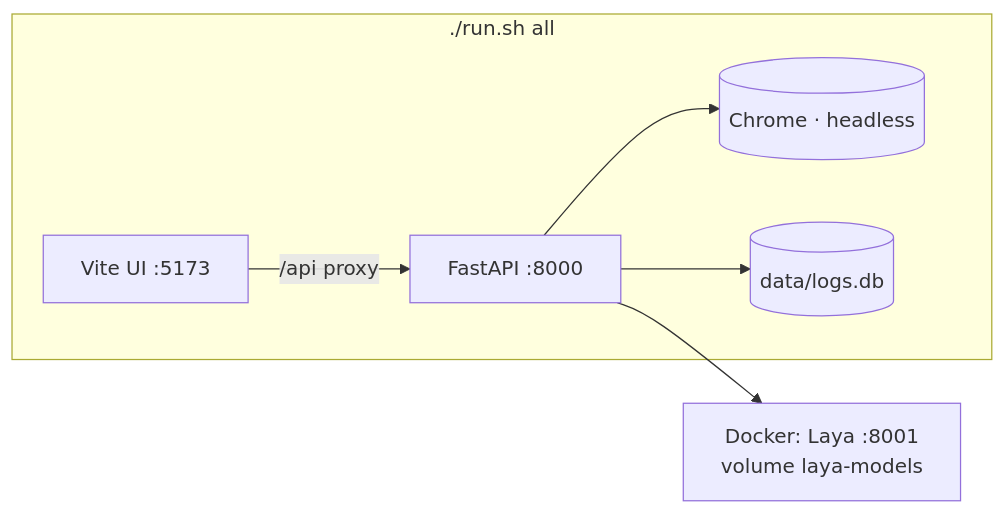
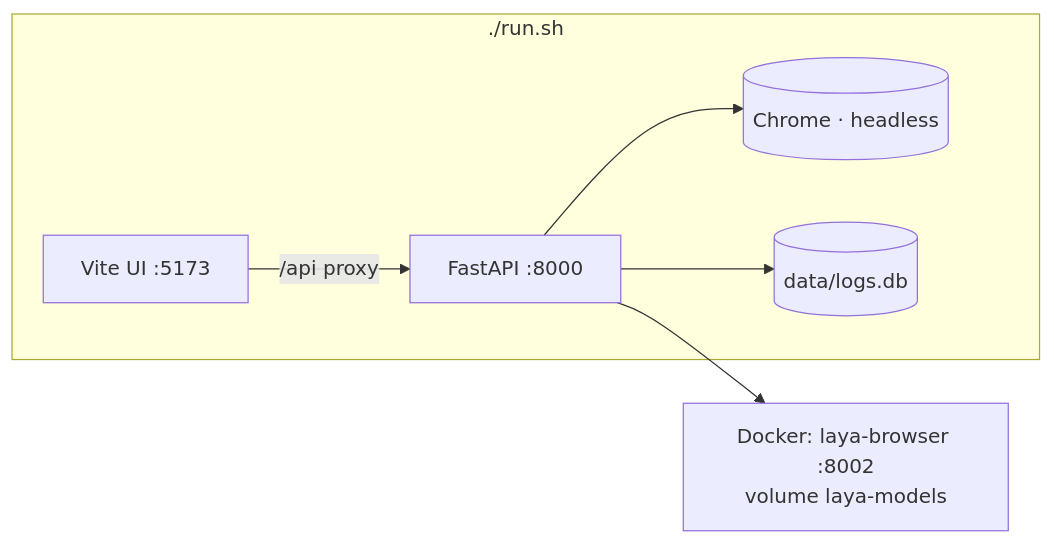
Diagram 25 of 26 in Documentations/ArchitectureV2.md (rayenamer/THUNDER-X), drawn with Mermaid before and after one commit. The commit also changed other lines of this file and 16 other files, not shown here.

Commit message:
fix/ui fix/architecture

````diff
--- a/Documentations/ArchitectureV2.md
+++ b/Documentations/ArchitectureV2.md
@@ -430,9 +442,9 @@
 ```mermaid
 flowchart LR
-    subgraph HOST[./run.sh all]
+    subgraph HOST[./run.sh]
         V[Vite UI :5173] -->|/api proxy| S[FastAPI :8000]
         S --> C[(Chrome · headless)]
         S --> F[(data/logs.db)]
     end
-    S --> D[Docker: Laya :8001<br/>volume laya-models]
+    S --> D[Docker: laya-browser :8002<br/>volume laya-models]
 ```
````
